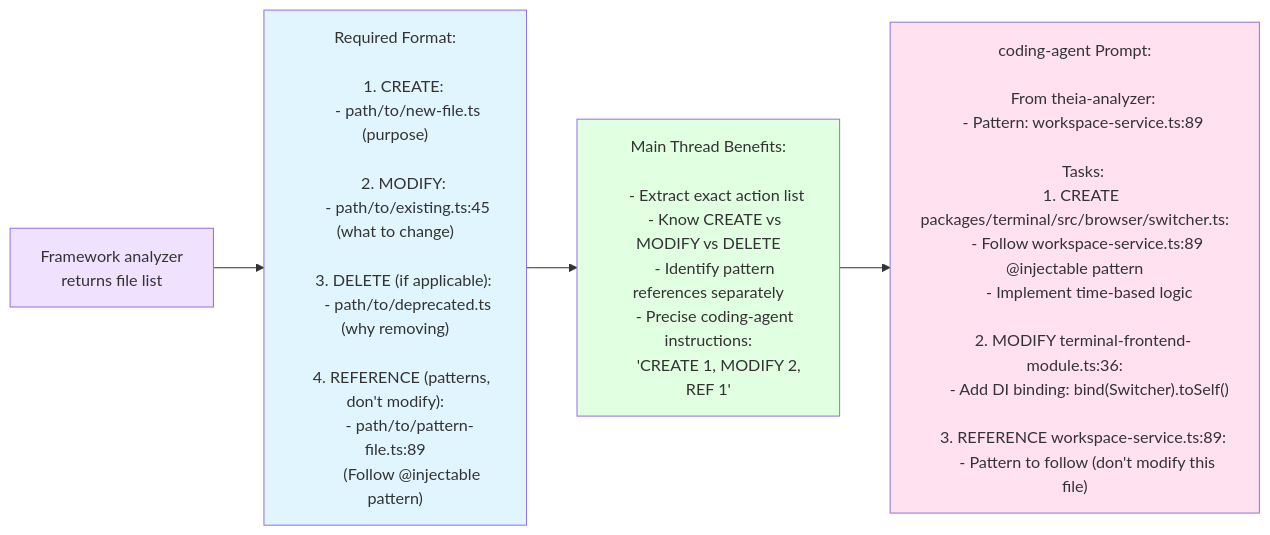
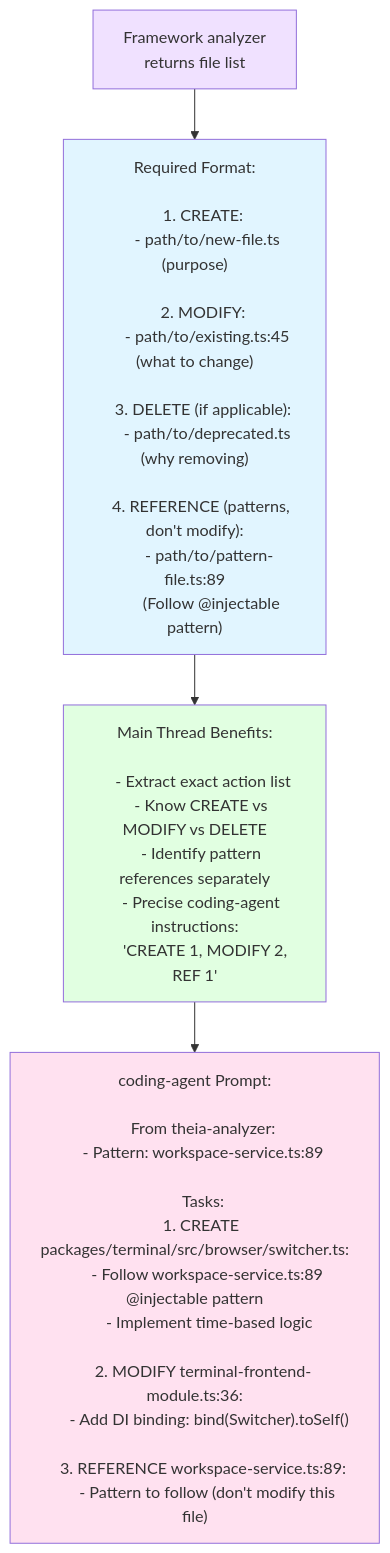
Diagram 22 of 31 in AGENT_SWARM_FLOW_VISUAL.md (QUUS-TheSmallCodeTeam/theia-fork), drawn with Mermaid before and after one commit. The commit also changed other lines of this file, not shown here.

First line of the commit message:
feat: redesign all mermaid diagrams with vertical flow and left-aligned text

````diff
--- a/AGENT_SWARM_FLOW_VISUAL.md
+++ b/AGENT_SWARM_FLOW_VISUAL.md
@@ -2149,49 +1791,49 @@
 ```mermaid
-flowchart LR
+flowchart TD
     Agent["Framework analyzer
     returns file list"]
 
     --> Format["Required Format:
 
     1. CREATE:
        - path/to/new-file.ts (purpose)
 
     2. MODIFY:
        - path/to/existing.ts:45 (what to change)
 
     3. DELETE (if applicable):
        - path/to/deprecated.ts (why removing)
 
     4. REFERENCE (patterns, don't modify):
        - path/to/pattern-file.ts:89
          (Follow @injectable pattern)"]
 
     --> Benefit["Main Thread Benefits:
 
     - Extract exact action list
     - Know CREATE vs MODIFY vs DELETE
     - Identify pattern references separately
     - Precise coding-agent instructions:
       'CREATE 1, MODIFY 2, REF 1'"]
 
     --> CodingPrompt["coding-agent Prompt:
 
     From theia-analyzer:
     - Pattern: workspace-service.ts:89
 
     Tasks:
     1. CREATE packages/terminal/src/browser/switcher.ts:
        - Follow workspace-service.ts:89 @injectable pattern
        - Implement time-based logic
 
     2. MODIFY terminal-frontend-module.ts:36:
        - Add DI binding: bind(Switcher).toSelf()
 
     3. REFERENCE workspace-service.ts:89:
        - Pattern to follow (don't modify this file)"]
 
     style Agent fill:#f0e1ff
     style Format fill:#e1f5ff
     style Benefit fill:#e1ffe1
     style CodingPrompt fill:#ffe1f0
 ```
````
